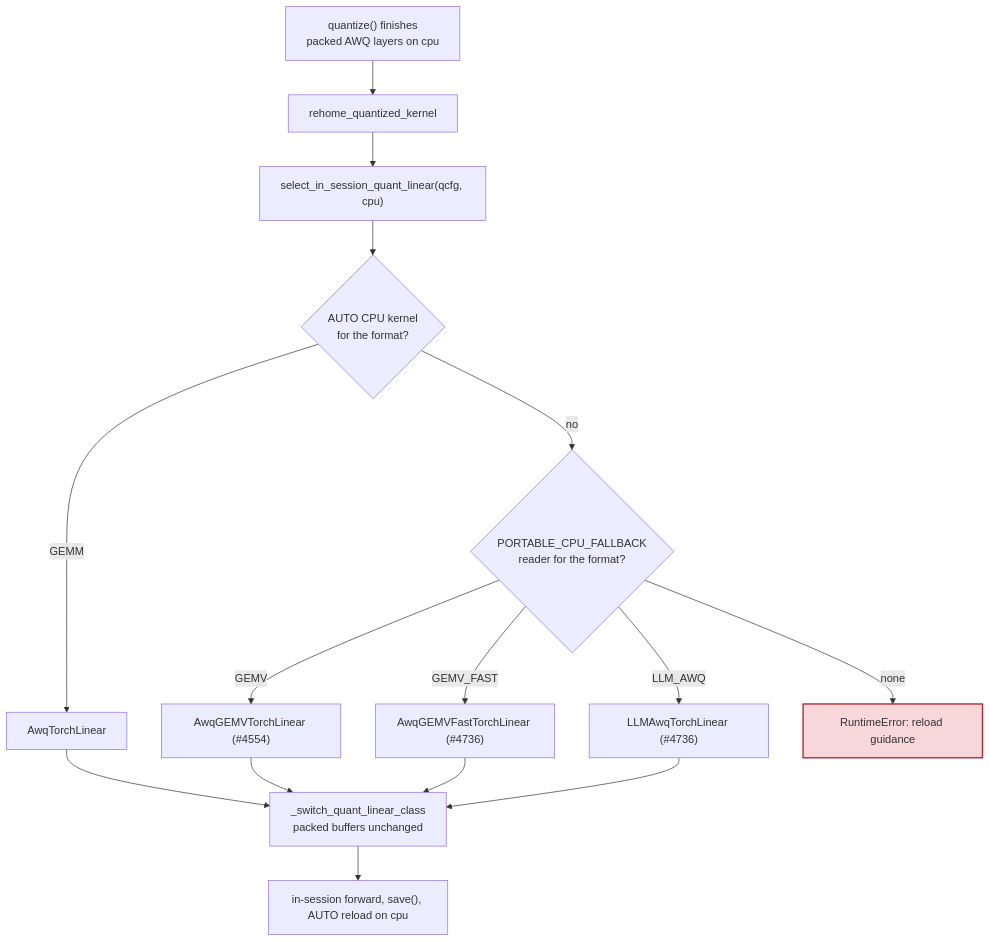
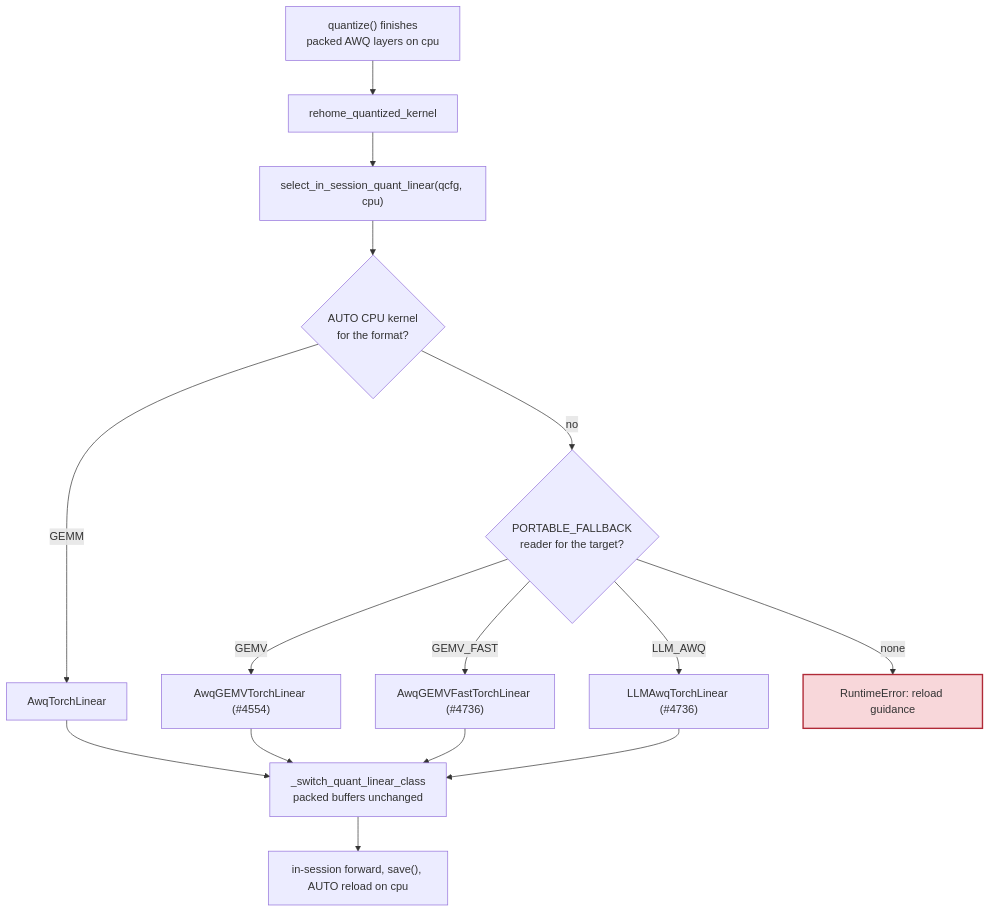
One commit to ModelCloud/GPTQModel changed the fourth of 4 diagrams in docs/in-session-model-after-offload.md. Above: the diagram before and after it, drawn with Mermaid. The commit also changed other lines of this file and 14 other files, not shown here.

````diff
--- a/docs/in-session-model-after-offload.md
+++ b/docs/in-session-model-after-offload.md
@@ -139,15 +142,15 @@
 ```mermaid
 flowchart TD
     A["quantize() finishes<br/>packed AWQ layers on cpu"] --> B["rehome_quantized_kernel"]
     B --> C["select_in_session_quant_linear(qcfg, cpu)"]
     C --> D{"AUTO CPU kernel<br/>for the format?"}
     D -- "GEMM" --> E["AwqTorchLinear"]
-    D -- "no" --> F{"PORTABLE_CPU_FALLBACK<br/>reader for the format?"}
+    D -- "no" --> F{"PORTABLE_FALLBACK<br/>reader for the target?"}
     F -- "GEMV" --> G["AwqGEMVTorchLinear (#4554)"]
     F -- "GEMV_FAST" --> H["AwqGEMVFastTorchLinear (#4736)"]
     F -- "LLM_AWQ" --> I["LLMAwqTorchLinear (#4736)"]
     F -- "none" --> X["RuntimeError: reload guidance"]
     E & G & H & I --> S["_switch_quant_linear_class<br/>packed buffers unchanged"]
     S --> T["in-session forward, save(), AUTO reload on cpu"]
     style X fill:#f8d7da,stroke:#b02a37,stroke-width:2px
 ```
````
